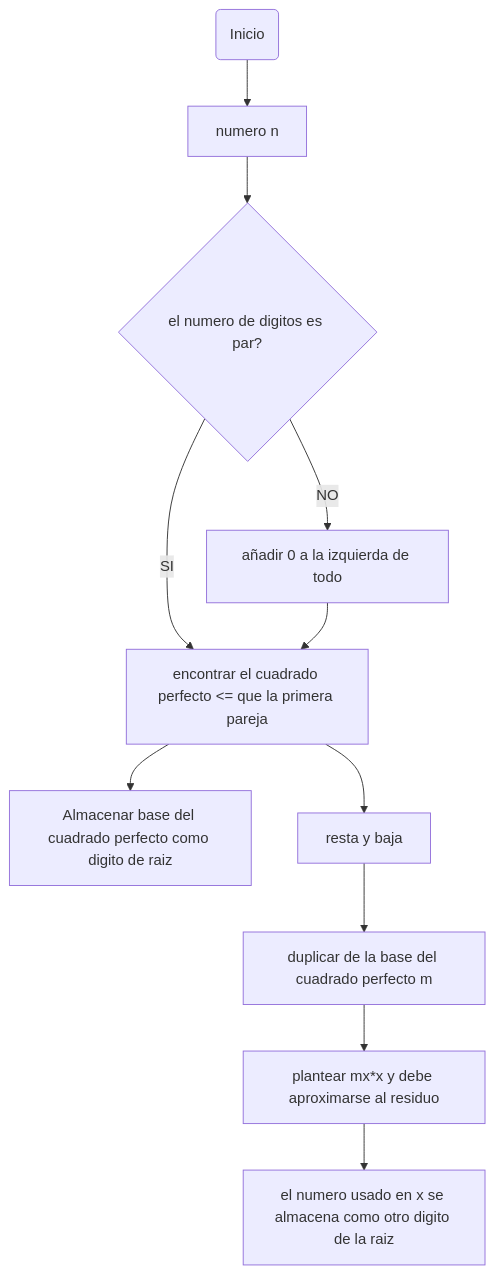
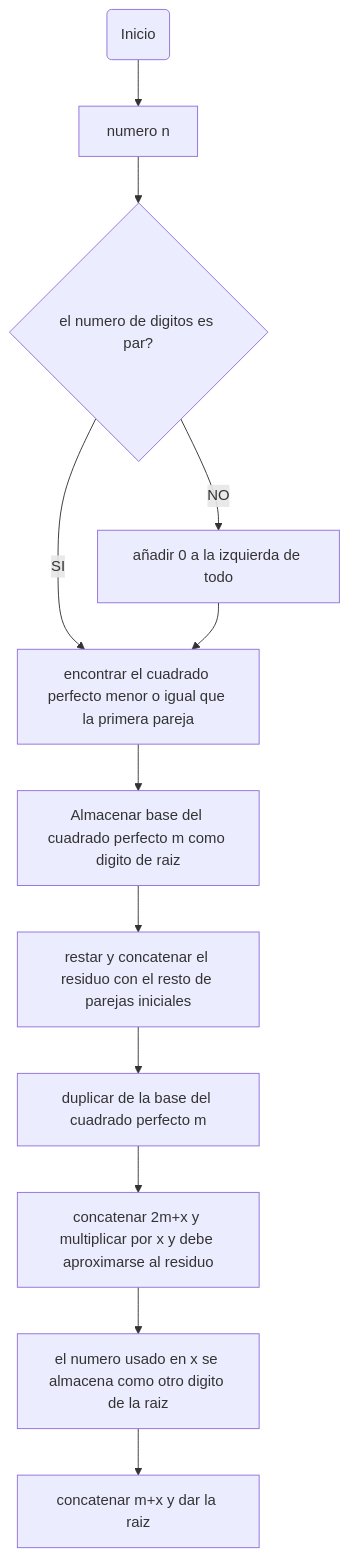
One commit to abellol/Reto_3_PDC changed the second of 2 diagrams in README.md. Above: the diagram before and after it, drawn with Mermaid.

Commit message:
README.md

````diff
--- a/README.md
+++ b/README.md
@@ -50,25 +50,26 @@
 ```mermaid
 graph TD
 A(Inicio)
 B[numero n]
 C{el numero de digitos es par?}
 D[añadir 0 a la izquierda de todo]
-E[encontrar el cuadrado perfecto <= que la primera pareja]
-F[Almacenar base del cuadrado perfecto como digito de raiz]
-G[resta y baja]
+E[encontrar el cuadrado perfecto menor o igual que la primera pareja]
+F[Almacenar base del cuadrado perfecto m como digito de raiz]
+G[restar y concatenar el residuo con el resto de parejas iniciales]
 H[duplicar de la base del cuadrado perfecto m]
-I[plantear mx*x y debe aproximarse al residuo]
+I[concatenar 2m+x y multiplicar por x y debe aproximarse al residuo]
 J[el numero usado en x se almacena como otro digito de la raiz]
+K[concatenar m+x y dar la raiz]
 
 A-->B
 B-->C
 C-->|SI|E
 C-->|NO|D
 D-->E
-E-->G
+F-->G
 E-->F
 G-->H
 H-->I
 I-->J
-
+J-->K
 ```
````
